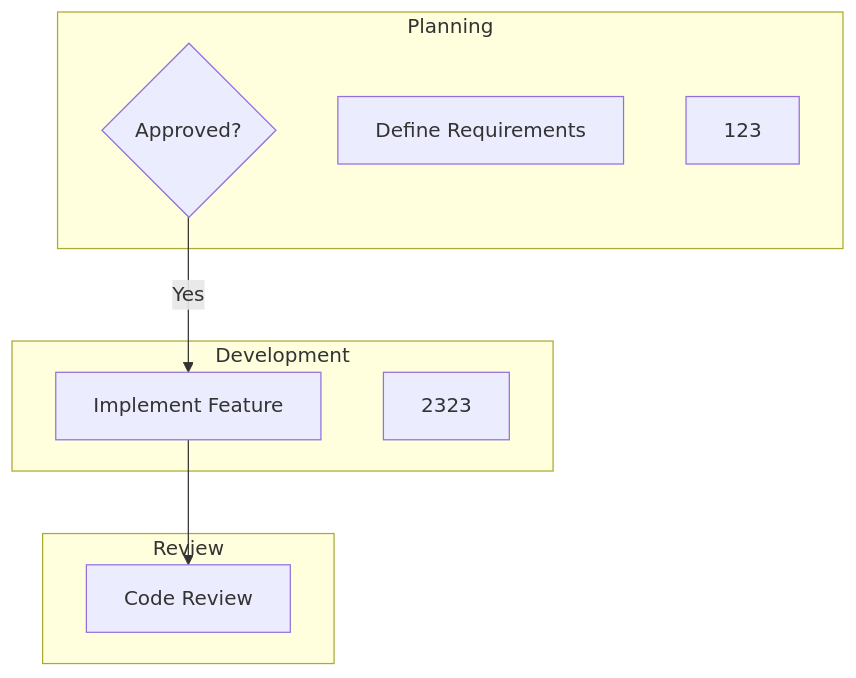
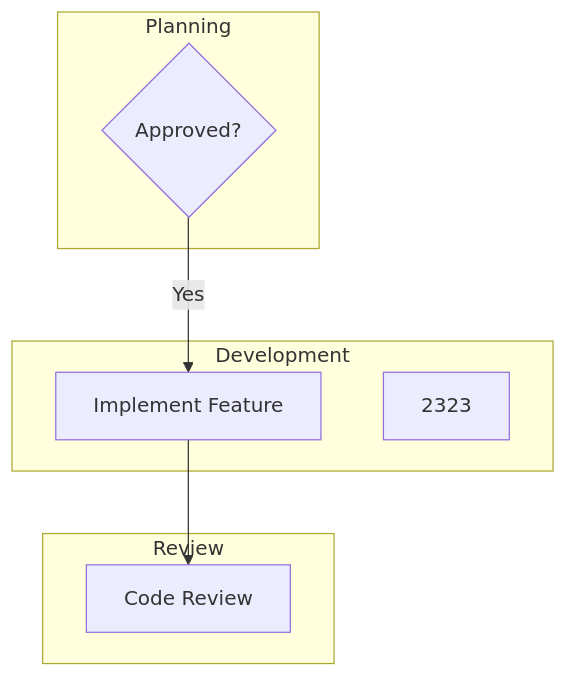
The diagram in mmd/test_84b92440-cb4f-4cf1-a801-4a0af98297f6.mmd (pingpm/mermaid_vault), drawn with Mermaid before and after one commit. The commit also changed 2 other files, not shown here.

Commit message:
Sync Mermaid Studio data (11 diagrams)

```diff
--- a/mmd/test_84b92440-cb4f-4cf1-a801-4a0af98297f6.mmd
+++ b/mmd/test_84b92440-cb4f-4cf1-a801-4a0af98297f6.mmd
@@ -1,15 +1,13 @@
 graph TD
   subgraph lane_lane_1["Planning"]
     t_task_2{"Approved?"}
-    t_task_1["Define Requirements"]
-    t_a70500eb_9a66_4d04_bc7b_e924cf56c7e2["123"]
   end
   subgraph lane_lane_3["Review"]
     t_task_4["Code Review"]
   end
   subgraph lane_lane_2["Development"]
     t_task_3["Implement Feature"]
     t_43b12910_5a3e_485e_8185_afcefd1cbb3b["2323"]
   end
   t_task_2 -->|"Yes"| t_task_3
   t_task_3 --> t_task_4
```
